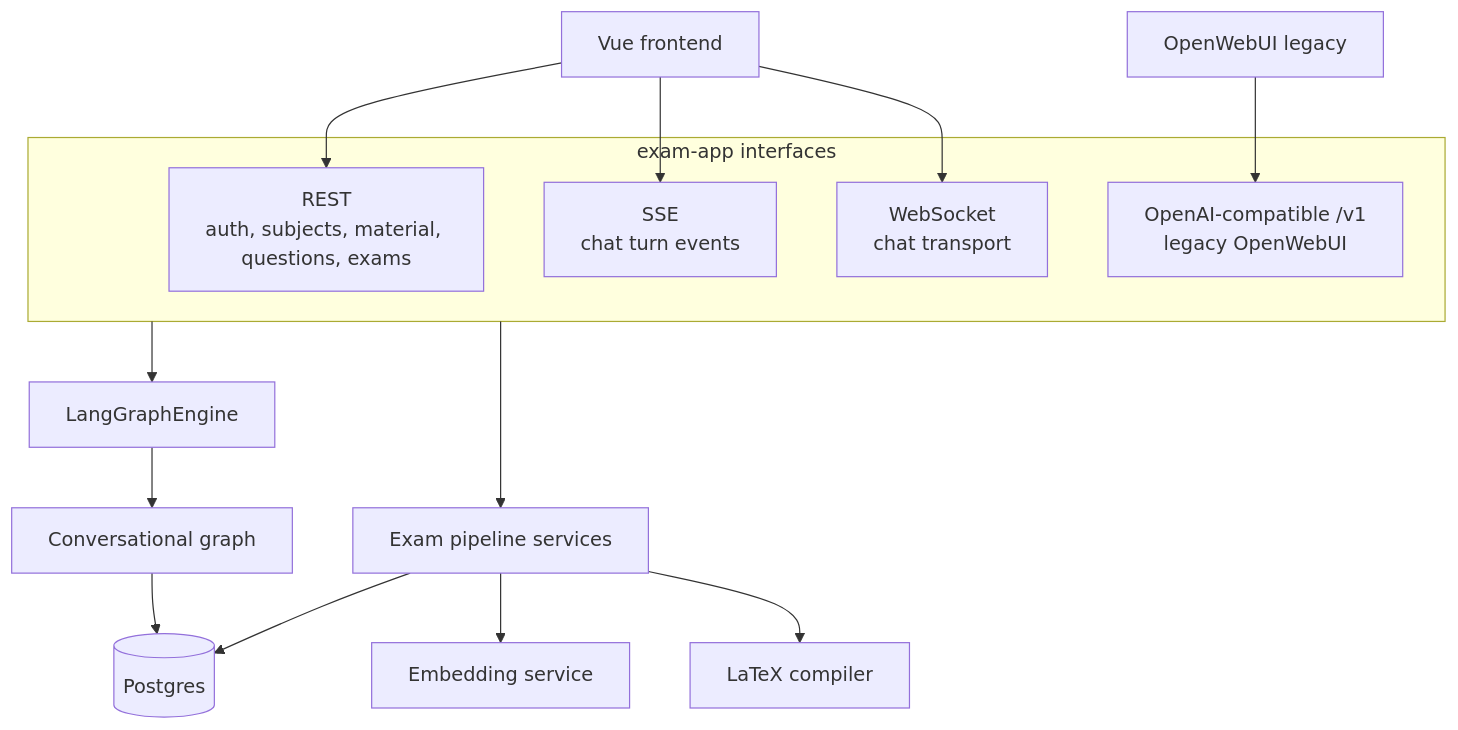
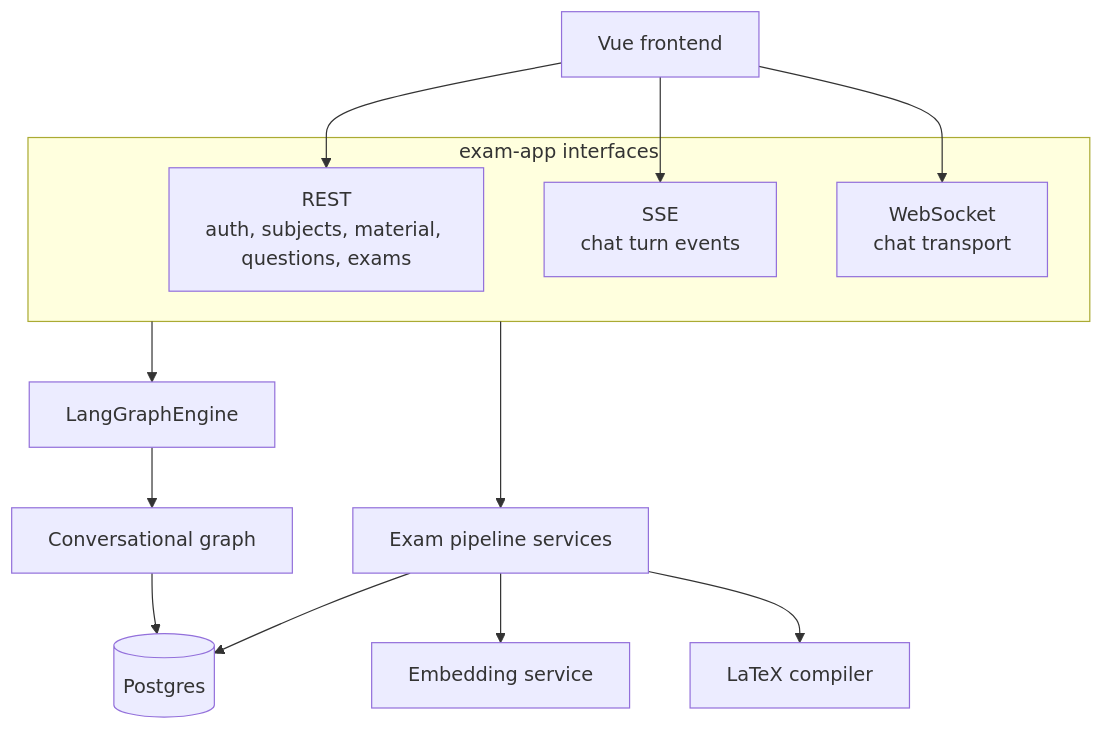
One commit to danilo-pilacuan/examgen-project changed the seventh of 26 diagrams in docs/graphs.md. Above: the diagram before and after it, drawn with Mermaid. The commit also changed other lines of this file and 5 other files, not shown here.

First line of the commit message:
docs(graphs): restrict graphs to user mode and add thesis view

````diff
--- a/docs/graphs.md
+++ b/docs/graphs.md
@@ -217,20 +220,18 @@
 ```mermaid
 flowchart TB
     subgraph api["exam-app interfaces"]
         rest["REST<br/>auth, subjects, material, questions, exams"]
         sse["SSE<br/>chat turn events"]
         ws["WebSocket<br/>chat transport"]
-        compat["OpenAI-compatible /v1<br/>legacy OpenWebUI"]
     end
     frontend["Vue frontend"] --> rest
     frontend --> sse
     frontend --> ws
-    webui["OpenWebUI legacy"] --> compat
     api --> engine["LangGraphEngine"]
     engine --> conversational["Conversational graph"]
-    api --> batch["Exam pipeline services"]
+    api --> pipeline["Exam pipeline services"]
     conversational --> db[("Postgres")]
-    batch --> db
-    batch --> embedding["Embedding service"]
-    batch --> compiler["LaTeX compiler"]
+    pipeline --> db
+    pipeline --> embedding["Embedding service"]
+    pipeline --> compiler["LaTeX compiler"]
 ```
````
